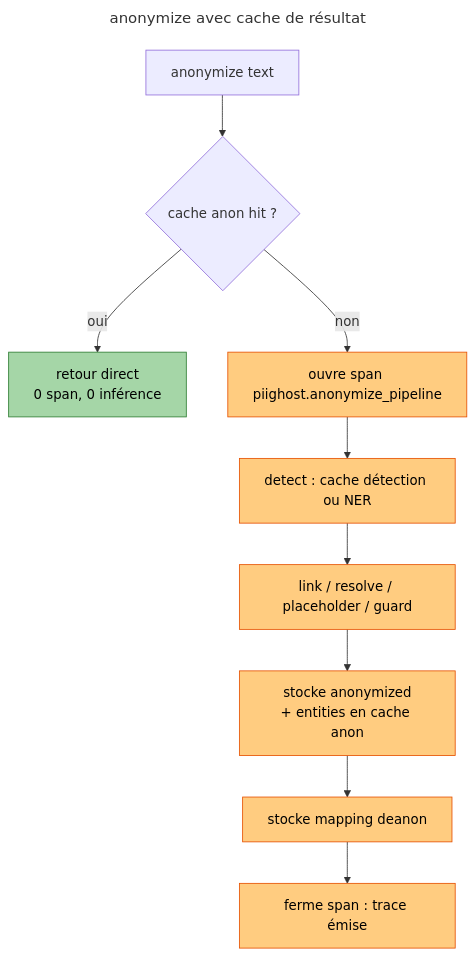
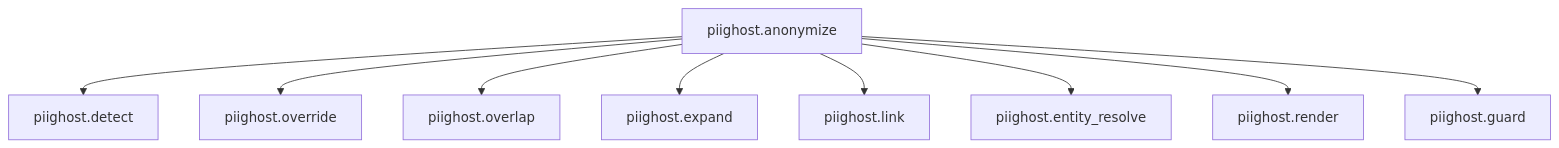
One commit to Athroniaeth/piighost changed the diagram in docs/fr/observation.md. Above: the diagram before and after it, drawn with Mermaid. The commit also changed other lines of this file and 57 other files, not shown here.

````diff
--- a/docs/fr/observation.md
+++ b/docs/fr/observation.md
@@ -367,19 +57,11 @@
 ```mermaid
----
-title: "anonymize avec cache de résultat"
----
 flowchart TD
-    A[anonymize text] --> B{cache anon hit ?}
-    B -- oui --> C[retour direct\n0 span, 0 inférence]
-    B -- non --> D[ouvre span piighost.anonymize_pipeline]
-    D --> E[detect : cache détection ou NER]
-    E --> F[link / resolve / placeholder / guard]
-    F --> G[stocke anonymized\n+ entities en cache anon]
-    G --> H[stocke mapping deanon]
-    H --> I[ferme span : trace émise]
-
-    classDef fast fill:#A5D6A7,stroke:#2E7D32,color:#000
-    classDef slow fill:#FFCC80,stroke:#E65100,color:#000
-    class C fast
-    class D,E,F,G,H,I slow
+    A[piighost.anonymize] --> B[piighost.detect]
+    A --> C[piighost.override]
+    A --> D[piighost.overlap]
+    A --> E[piighost.expand]
+    A --> F[piighost.link]
+    A --> G[piighost.entity_resolve]
+    A --> H[piighost.render]
+    A --> I[piighost.guard]
 ```
````
